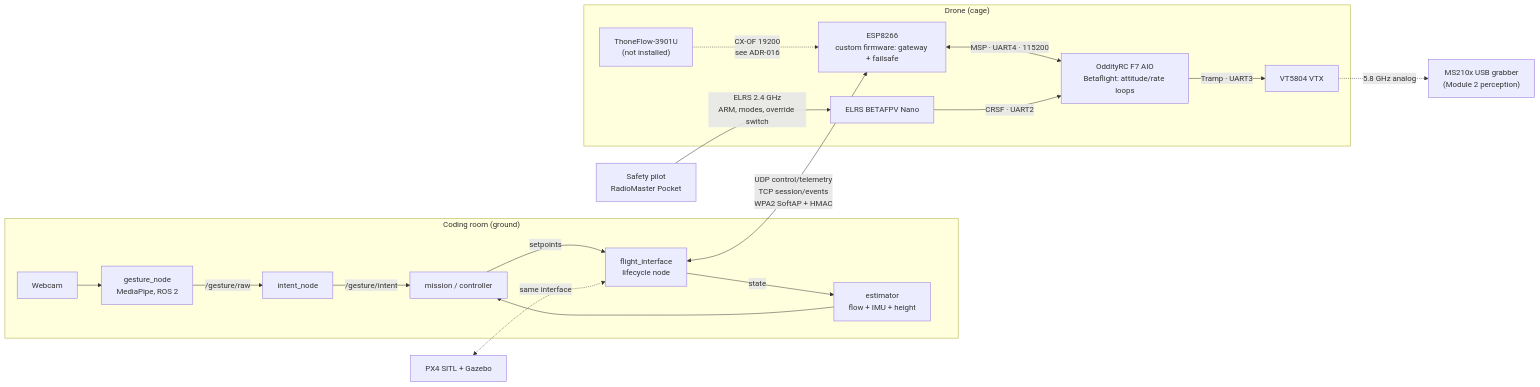
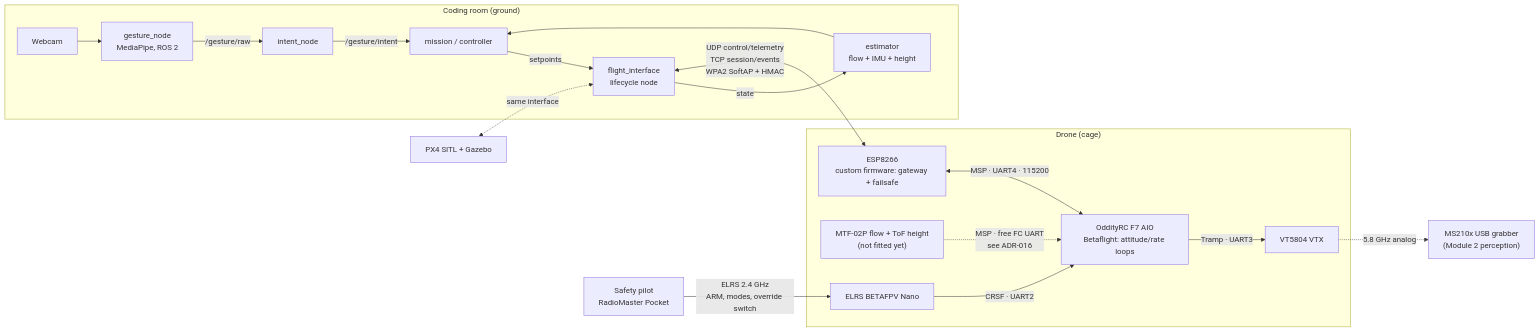
One commit to SEAME-pt/SEA-ME_Team1_ROSRangers changed the diagram in docs/PraticalPlan/03 Architecture/System Overview.md. Above: the diagram before and after it, drawn with Mermaid. The commit also changed other lines of this file and 25 other files, not shown here.

First line of the commit message:
Replace the ThoneFlow with the MTF-02P in the docs, apply review fixes

````diff
--- a/docs/PraticalPlan/03 Architecture/System Overview.md
+++ b/docs/PraticalPlan/03 Architecture/System Overview.md
@@ -23,26 +23,26 @@
 ```mermaid
 flowchart LR
   subgraph Room["Coding room (ground)"]
     CAM[Webcam] --> GEST["gesture_node<br/>MediaPipe, ROS 2"]
     GEST -->|/gesture/raw| GN[intent_node]
     GN -->|/gesture/intent| MISSION[mission / controller]
     EST["estimator<br/>flow + IMU + height"] --> MISSION
     MISSION -->|setpoints| FI["flight_interface<br/>lifecycle node"]
     FI -->|state| EST
   end
   subgraph Air["Drone (cage)"]
     ESP["ESP8266<br/>custom firmware: gateway + failsafe"]
     FC["OddityRC F7 AIO<br/>Betaflight: attitude/rate loops"]
-    FLOW["ThoneFlow-3901U<br/>(not installed)"]
+    FLOW["MTF-02P flow + ToF height<br/>(not fitted yet)"]
     ELRS["ELRS BETAFPV Nano"]
     VTX["VT5804 VTX"]
   end
   FI <-->|"UDP control/telemetry<br/>TCP session/events<br/>WPA2 SoftAP + HMAC"| ESP
   ESP <-->|"MSP · UART4 · 115200"| FC
-  FLOW -.->|"CX-OF 19200<br/>see ADR-016"| ESP
+  FLOW -.->|"MSP · free FC UART<br/>see ADR-016"| FC
   PILOT["Safety pilot<br/>RadioMaster Pocket"] -->|"ELRS 2.4 GHz<br/>ARM, modes, override switch"| ELRS
   ELRS -->|"CRSF · UART2"| FC
   FC -->|"Tramp · UART3"| VTX
   VTX -.->|"5.8 GHz analog"| GRAB["MS210x USB grabber<br/>(Module 2 perception)"]
   SIM["PX4 SITL + Gazebo"] <-.same interface.-> FI
 ```
````
